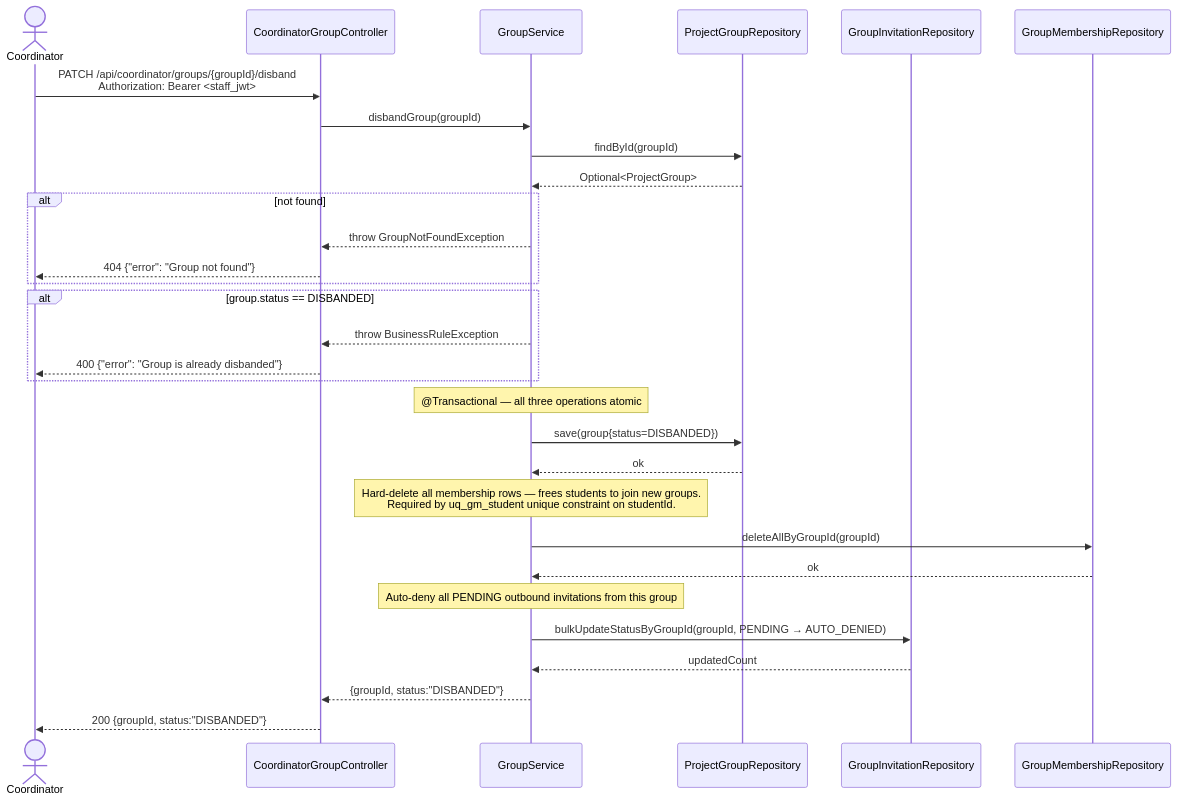
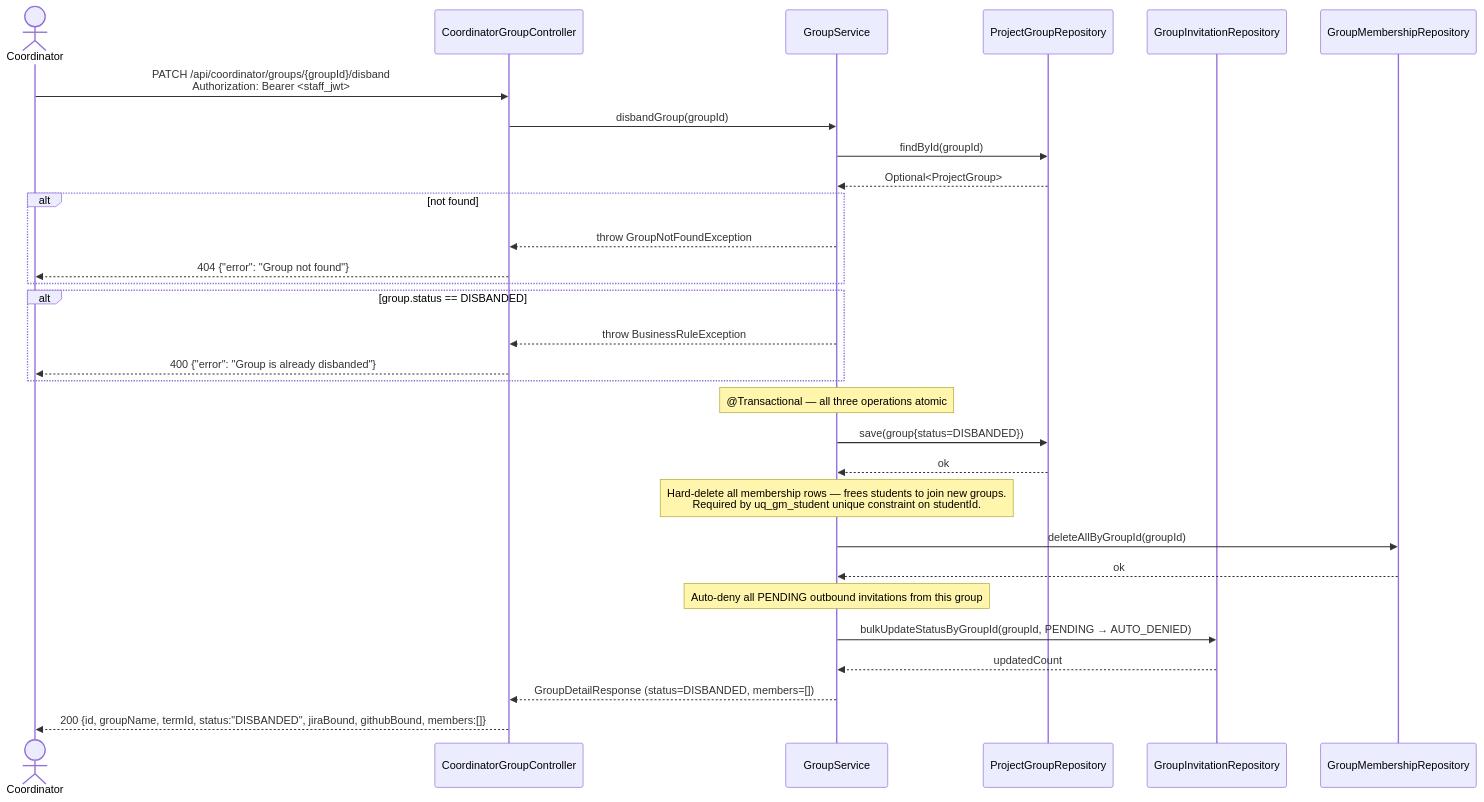
One commit to SE3318-Spring-2025-2026/senior-app-6 changed the fourth of 4 diagrams in docs/process2/sequences/2.6_coordinator_override_p2.md. Above: the diagram before and after it, drawn with Mermaid. The commit also changed other lines of this file and 4 other files, not shown here.

````diff
--- a/docs/process2/sequences/2.6_coordinator_override_p2.md
+++ b/docs/process2/sequences/2.6_coordinator_override_p2.md
@@ -167,40 +172,40 @@
 ```mermaid
 sequenceDiagram
     actor Coordinator
     participant CoordinatorGroupController
     participant GroupService
     participant ProjectGroupRepository
     participant GroupInvitationRepository
 
     Coordinator->>CoordinatorGroupController: PATCH /api/coordinator/groups/{groupId}/disband<br/>Authorization: Bearer <staff_jwt>
 
     CoordinatorGroupController->>GroupService: disbandGroup(groupId)
 
     GroupService->>ProjectGroupRepository: findById(groupId)
     ProjectGroupRepository-->>GroupService: Optional<ProjectGroup>
 
     alt not found
         GroupService-->>CoordinatorGroupController: throw GroupNotFoundException
         CoordinatorGroupController-->>Coordinator: 404 {"error": "Group not found"}
     end
 
     alt group.status == DISBANDED
         GroupService-->>CoordinatorGroupController: throw BusinessRuleException
         CoordinatorGroupController-->>Coordinator: 400 {"error": "Group is already disbanded"}
     end
 
     Note over GroupService: @Transactional — all three operations atomic
     GroupService->>ProjectGroupRepository: save(group{status=DISBANDED})
     ProjectGroupRepository-->>GroupService: ok
 
     Note over GroupService: Hard-delete all membership rows — frees students to join new groups.<br/>Required by uq_gm_student unique constraint on studentId.
     GroupService->>GroupMembershipRepository: deleteAllByGroupId(groupId)
     GroupMembershipRepository-->>GroupService: ok
 
     Note over GroupService: Auto-deny all PENDING outbound invitations from this group
     GroupService->>GroupInvitationRepository: bulkUpdateStatusByGroupId(groupId, PENDING → AUTO_DENIED)
     GroupInvitationRepository-->>GroupService: updatedCount
 
-    GroupService-->>CoordinatorGroupController: {groupId, status:"DISBANDED"}
-    CoordinatorGroupController-->>Coordinator: 200 {groupId, status:"DISBANDED"}
+    GroupService-->>CoordinatorGroupController: GroupDetailResponse (status=DISBANDED, members=[])
+    CoordinatorGroupController-->>Coordinator: 200 {id, groupName, termId, status:"DISBANDED", jiraBound, githubBound, members:[]}
 ```
````
